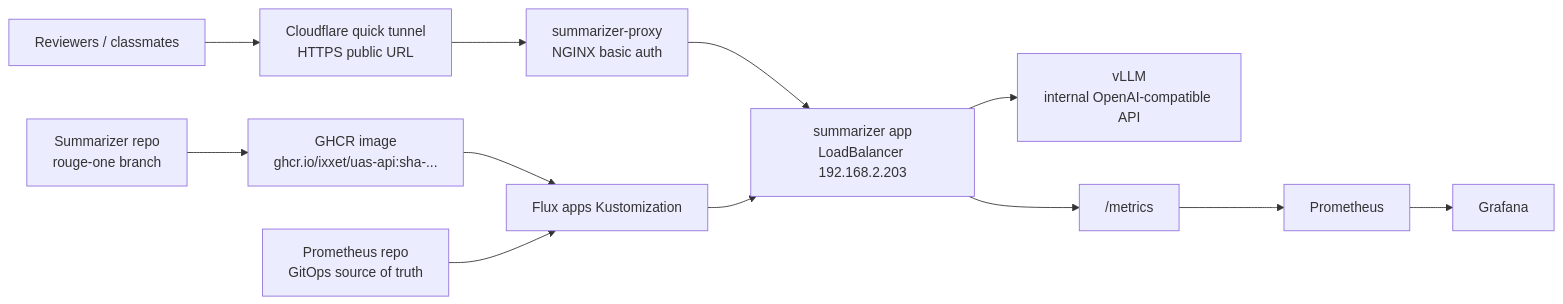
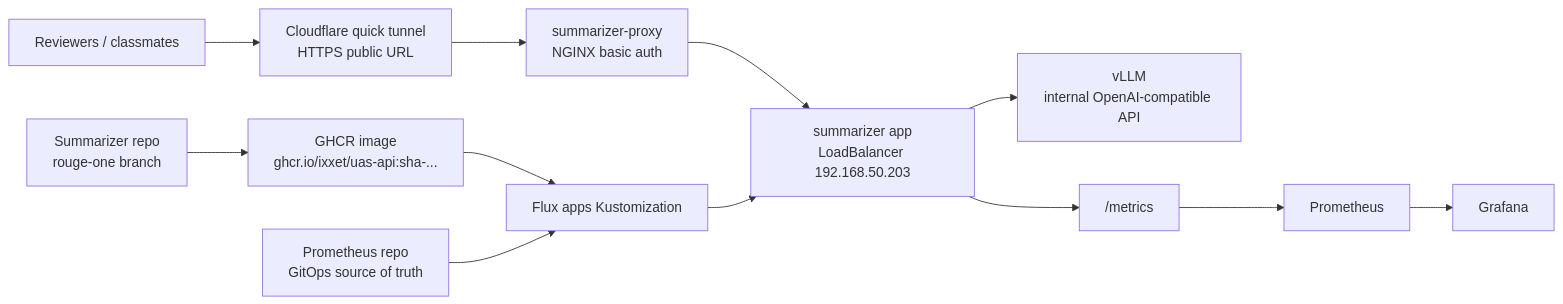
Before and after one commit to ixxet/Prometheus: the diagram in docs/diagrams/summarizer-platform-flow.mmd, drawn with Mermaid. The commit also changed 18 other files, not shown here.

```diff
--- a/docs/diagrams/summarizer-platform-flow.mmd
+++ b/docs/diagrams/summarizer-platform-flow.mmd
@@ -1,12 +1,12 @@
 flowchart LR
   users["Reviewers / classmates"] --> tunnel["Cloudflare quick tunnel\nHTTPS public URL"]
   tunnel --> proxy["summarizer-proxy\nNGINX basic auth"]
-  proxy --> app["summarizer app\nLoadBalancer 192.168.2.203"]
+  proxy --> app["summarizer app\nLoadBalancer 192.168.50.203"]
   app --> vllm["vLLM\ninternal OpenAI-compatible API"]
   app --> metrics["/metrics"]
   metrics --> prom["Prometheus"]
   prom --> grafana["Grafana"]
   apprepo["Summarizer repo\nrouge-one branch"] --> ghcr["GHCR image\nghcr.io/ixxet/uas-api:sha-..."]
   ghcr --> flux["Flux apps Kustomization"]
   infrarepo["Prometheus repo\nGitOps source of truth"] --> flux
   flux --> app
```
